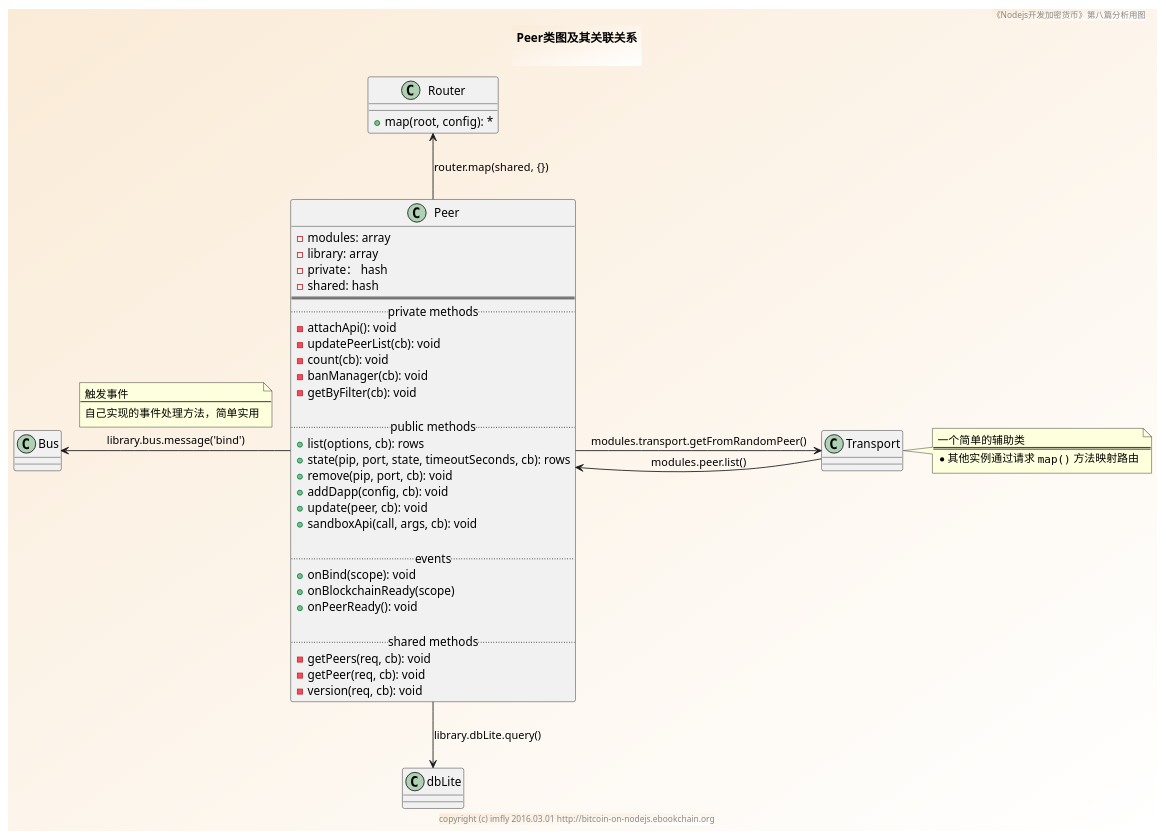
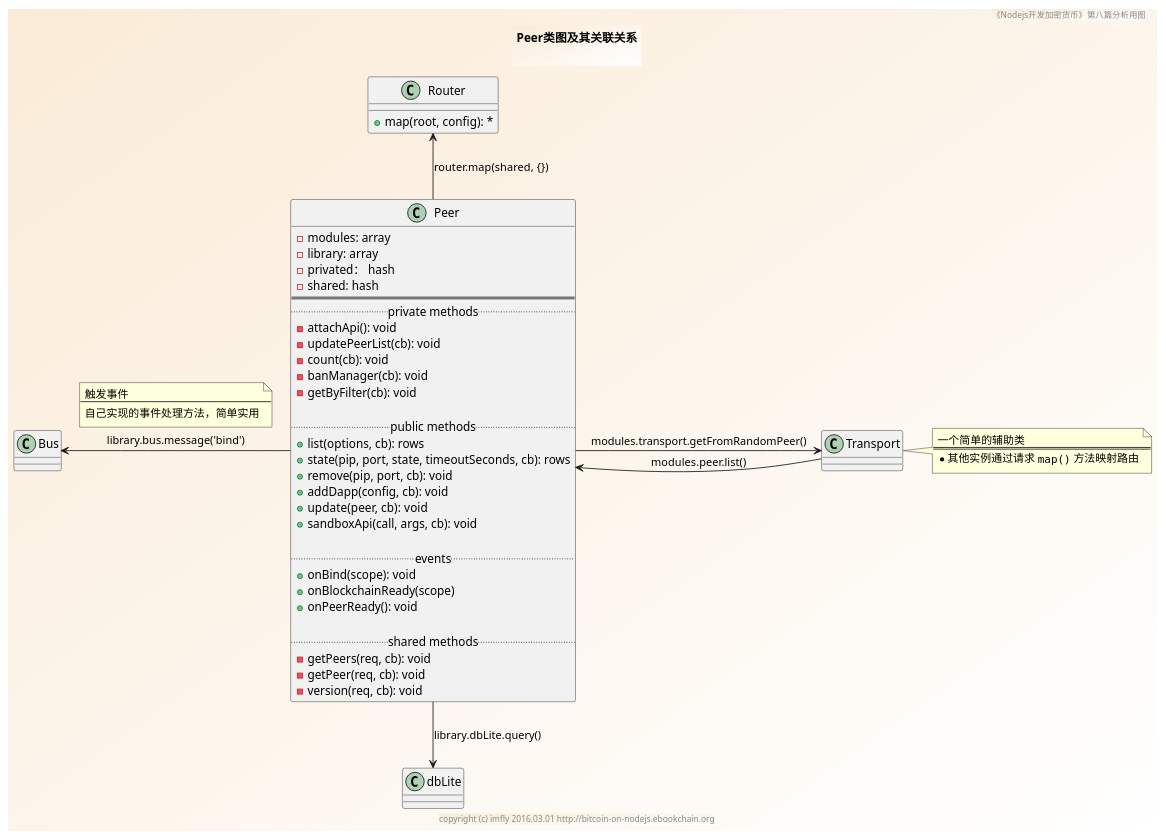
The diagram in sources/modules/peer/class.pu (brightmanforever022/bitcoin-on-nodejs), drawn with PlantUML before and after one commit. The commit also changed 15 other files, not shown here.

```diff
--- a/sources/modules/peer/class.pu
+++ b/sources/modules/peer/class.pu
@@ -1,67 +1,67 @@
 @startuml ../../../styles/images/modules/peer/class.png
 skinparam BorderColor #blue\9932CC
 skinparam backgroundcolor AntiqueWhite/white
 
 title
 Peer类图及其关联关系
 
 end title
 footer copyright (c) imfly 2016.03.01 http://bitcoin-on-nodejs.ebookchain.org
 header 《Nodejs开发加密货币》第八篇分析用图
 
 ' modules/Peer.js
 Class Peer {
   - modules: array
   - library: array
-  - private： hash
+  - privated： hash
   - shared: hash
   ====
   .. private methods ..
   -attachApi(): void
   -updatePeerList(cb): void
   -count(cb): void
   -banManager(cb): void
   -getByFilter(cb): void
 
   .. public methods ..
   +list(options, cb): rows
   +state(pip, port, state, timeoutSeconds, cb): rows
   +remove(pip, port, cb): void
   +addDapp(config, cb): void
   +update(peer, cb): void
   +sandboxApi(call, args, cb): void
 
   .. events ..
   +onBind(scope): void
   +onBlockchainReady(scope)
   +onPeerReady(): void
 
   .. shared methods..
   -getPeers(req, cb): void
   -getPeer(req, cb): void
   -version(req, cb): void
 }
 
 ' helper/router.js
 Class Router {
   +map(root, config): *
 }
 
 ' relationship
 Bus <- Peer: library.bus.message('bind')
 note top on link
 触发事件
 --
 自己实现的事件处理方法，简单实用
 end note
 
 Peer -> Transport: modules.transport.getFromRandomPeer()
 Peer <- Transport: modules.peer.list()
 Peer -up-> Router: router.map(shared, {})
 note right
   一个简单的辅助类
   ====
   * 其他实例通过请求 ""map()"" 方法映射路由
 end note
 Peer -down-> dbLite: library.dbLite.query()
 @enduml
```
